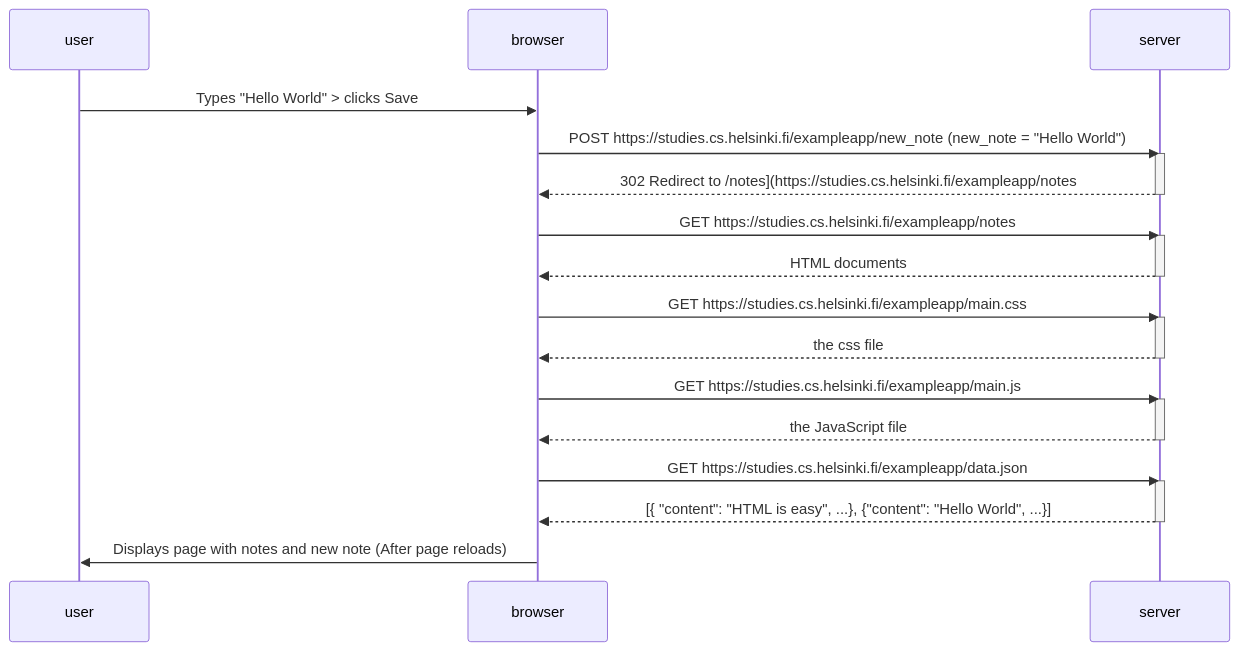
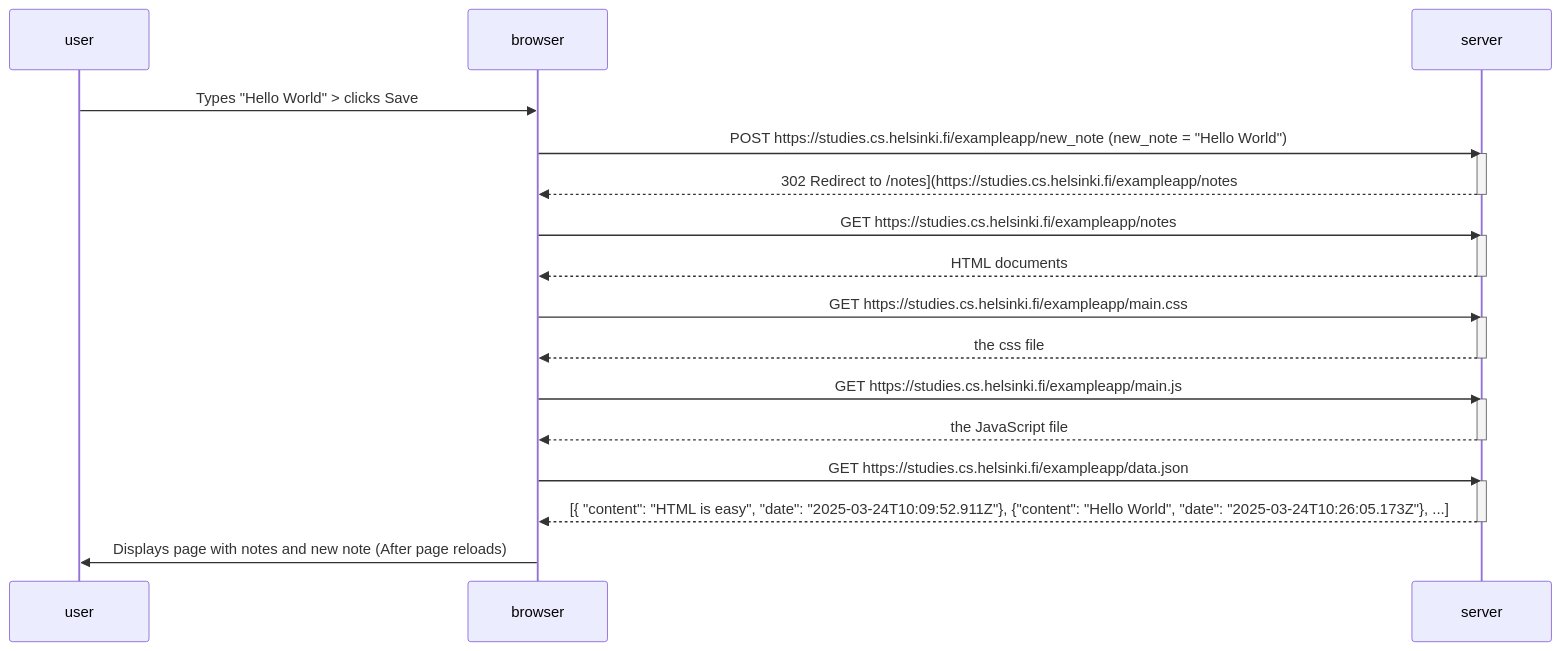
One commit to Kskx2203/fullStackOpen changed the diagram in part0 (0.4-0.6)/0.4.md. Above: the diagram before and after it, drawn with Mermaid. The commit also changed 2 other files, not shown here.

Commit message:
Updated 0.4.md, 0.5.md, 0.6.md

````diff
--- a/part0 (0.4-0.6)/0.4.md
+++ b/part0 (0.4-0.6)/0.4.md
@@ -1,40 +1,40 @@
 ```mermaid
 sequenceDiagram
     participant user
     participant browser
     participant server
 
     user->>browser: Types "Hello World" > clicks Save
     browser->>server: POST https://studies.cs.helsinki.fi/exampleapp/new_note (new_note = "Hello World")
     activate server
     server-->>browser: 302 Redirect to /notes](https://studies.cs.helsinki.fi/exampleapp/notes
     deactivate server
 
     %% Page reloads
     browser->>server: GET https://studies.cs.helsinki.fi/exampleapp/notes
     activate server
     server-->>browser: HTML documents
     deactivate server
 
     browser->>server: GET https://studies.cs.helsinki.fi/exampleapp/main.css
     activate server
     server-->>browser: the css file
     deactivate server
 
     browser->>server: GET https://studies.cs.helsinki.fi/exampleapp/main.js
     activate server
     server-->>browser: the JavaScript file
     deactivate server
 
     %% Javascript fetches updated data
     
     browser->>server: GET https://studies.cs.helsinki.fi/exampleapp/data.json
     activate server
-    server-->>browser: [{ "content": "HTML is easy", ...}, {"content": "Hello World", ...}]
+    server-->>browser: [{ "content": "HTML is easy", "date": "2025-03-24T10:09:52.911Z"}, {"content": "Hello World", "date": "2025-03-24T10:26:05.173Z"}, ...]
     deactivate server
 
     browser->>user: Displays page with notes and new note (After page reloads)
     
     %% Browser renders updated notes
     %% Note right of browser: The browser executes the callback function that renders new note ("Hello World")
 ```
````
